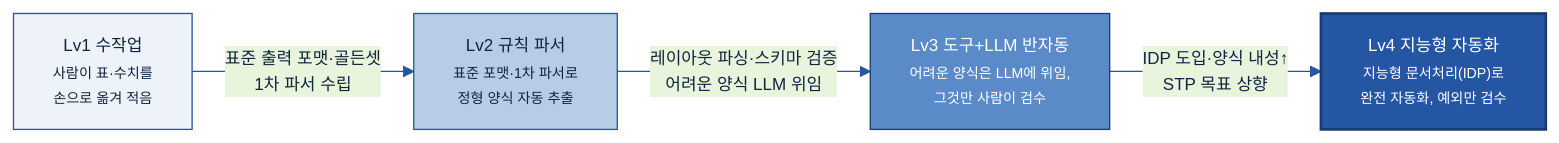
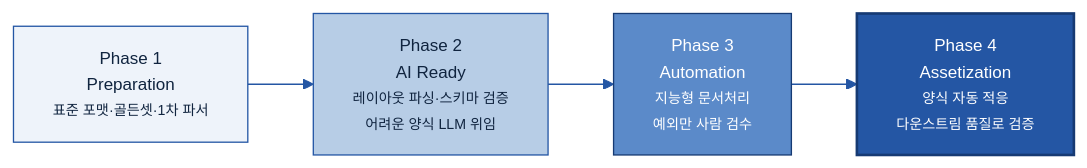
One commit to jin-kearney/ai-ready-data-manual changed the sixth of 6 diagrams in 가이드 작성/B-1 데이터 전처리/B-1 데이터 전처리.md. Above: the diagram before and after it, drawn with Mermaid. The commit also changed other lines of this file and 2 other files, not shown here.

````diff
--- a/가이드 작성/B-1 데이터 전처리/B-1 데이터 전처리.md
+++ b/가이드 작성/B-1 데이터 전처리/B-1 데이터 전처리.md
@@ -774,15 +576,13 @@
 ```mermaid
 %%{init: {'theme':'base','themeVariables':{'primaryColor':'#DCE8F5','primaryBorderColor':'#2456A4','primaryTextColor':'#10243f','lineColor':'#2456A4','fontSize':'13px'}}}%%
 flowchart LR
-    L1["Lv1 수작업<br/><small>사람이 표·수치를<br/>손으로 옮겨 적음</small>"]:::l1
-    L2["Lv2 규칙 파서<br/><small>표준 포맷·1차 파서로<br/>정형 양식 자동 추출</small>"]:::l2
-    L3["Lv3 도구+LLM 반자동<br/><small>어려운 양식은 LLM에 위임,<br/>그것만 사람이 검수</small>"]:::l3
-    L4["Lv4 지능형 자동화<br/><small>지능형 문서처리(IDP)로<br/>완전 자동화, 예외만 검수</small>"]:::l4
-    L1 -->|"표준 출력 포맷·골든셋<br/>1차 파서 수립"| L2
-    L2 -->|"레이아웃 파싱·스키마 검증<br/>어려운 양식 LLM 위임"| L3
-    L3 -->|"IDP 도입·양식 내성↑<br/>STP 목표 상향"| L4
+    P1["Phase 1<br/>Preparation<br/><small>표준 포맷·골든셋·1차 파서</small>"]:::l1
+    P2["Phase 2<br/>AI Ready<br/><small>레이아웃 파싱·스키마 검증<br/>어려운 양식 LLM 위임</small>"]:::l2
+    P3["Phase 3<br/>Automation<br/><small>지능형 문서처리<br/>예외만 사람 검수</small>"]:::l3
+    P4["Phase 4<br/>Assetization<br/><small>양식 자동 적응<br/>다운스트림 품질로 검증</small>"]:::l4
+    P1 --> P2 --> P3 --> P4
     classDef l1 fill:#EEF3FA,stroke:#2456A4,color:#10243f;
     classDef l2 fill:#B7CDE6,stroke:#2456A4,color:#10243f;
     classDef l3 fill:#5B8AC9,stroke:#163a73,color:#fff;
     classDef l4 fill:#2456A4,stroke:#163a73,color:#fff,stroke-width:2px;
 ```
````
